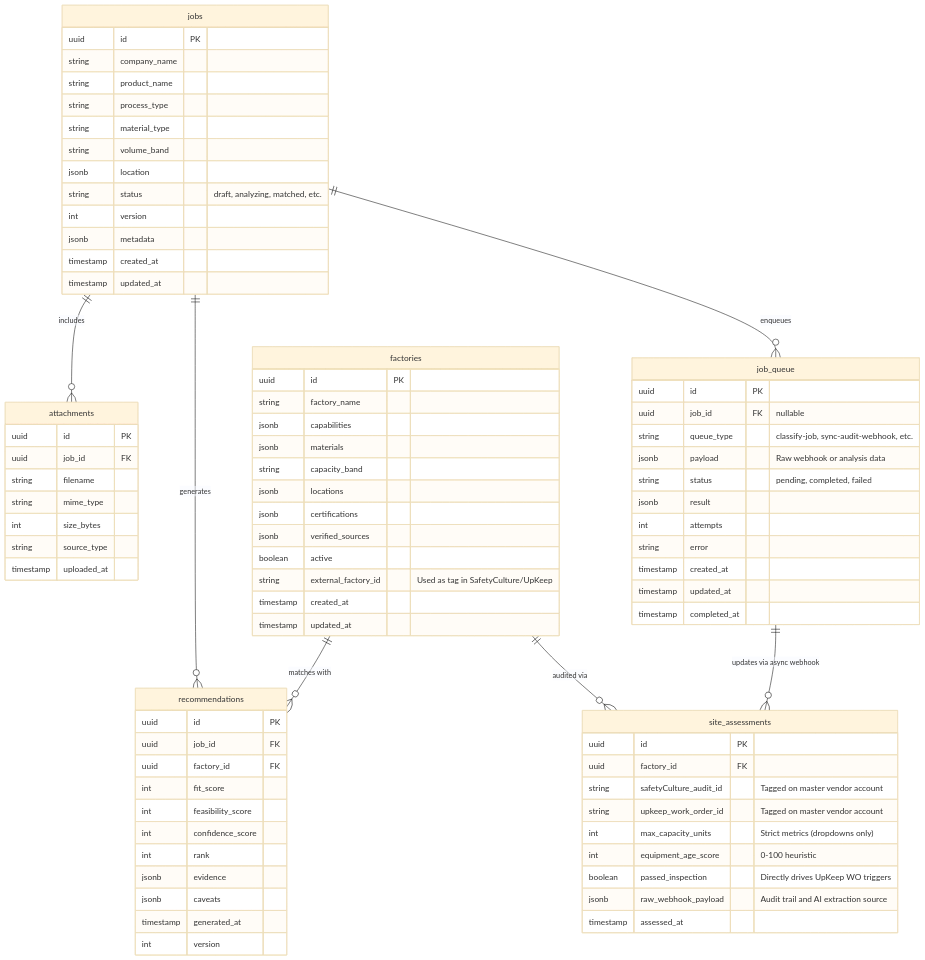
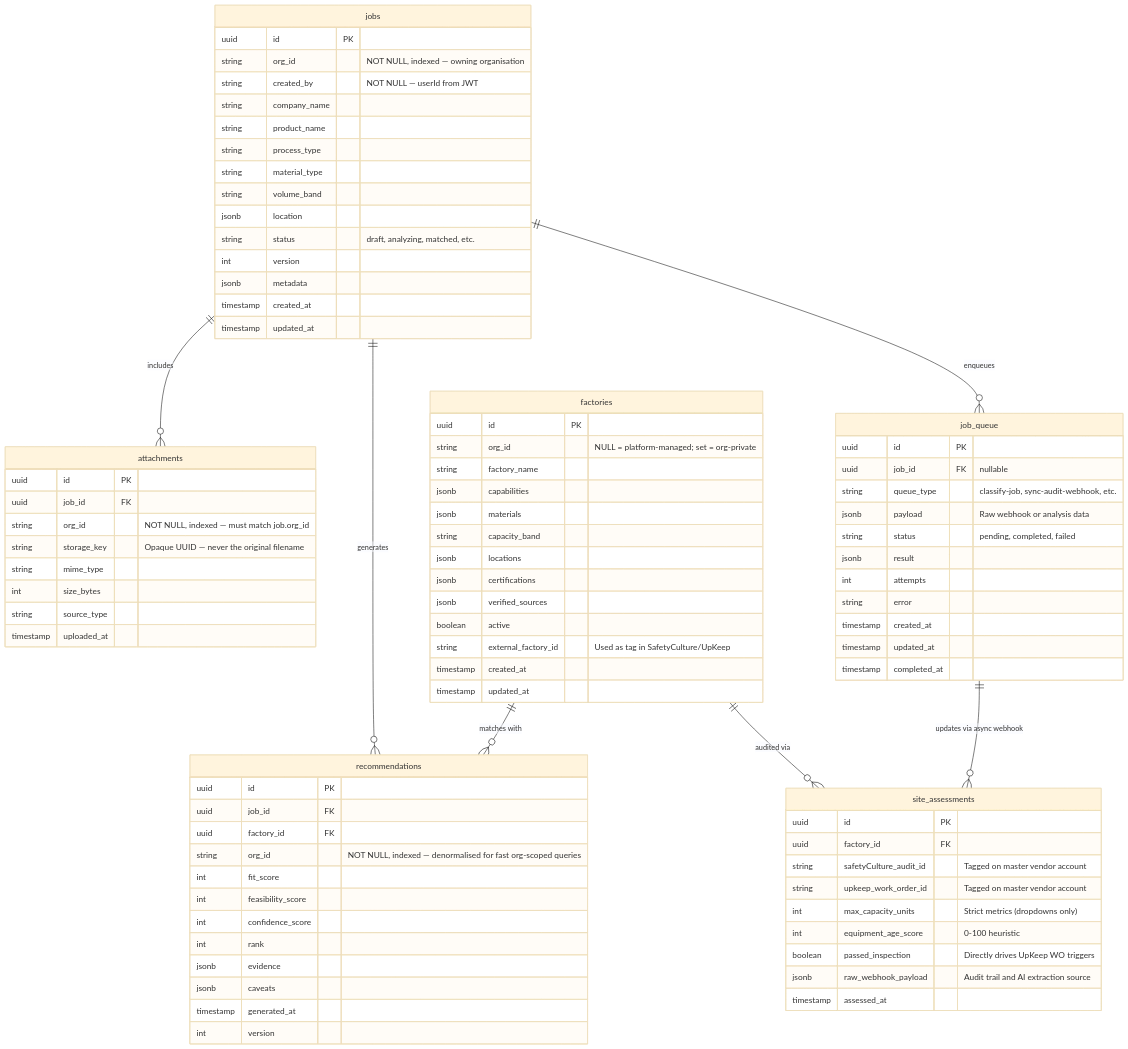
The diagram in docs/DFN_DB_SCHEMA.md (npc-chris/dfn-discovery), drawn with Mermaid (base theme) before and after one commit. The commit also changed other lines of this file and 19 other files, not shown here.

```diff
--- a/docs/DFN_DB_SCHEMA.md
+++ b/docs/DFN_DB_SCHEMA.md
@@ -15,6 +15,8 @@
 
     jobs {
         uuid id PK
+        string org_id "NOT NULL, indexed — owning organisation"
+        string created_by "NOT NULL — userId from JWT"
         string company_name
         string product_name
         string process_type
@@ -30,6 +32,7 @@
 
     factories {
         uuid id PK
+        string org_id "NULL = platform-managed; set = org-private"
         string factory_name
         jsonb capabilities
         jsonb materials
@@ -47,6 +50,7 @@
         uuid id PK
         uuid job_id FK
         uuid factory_id FK
+        string org_id "NOT NULL, indexed — denormalised for fast org-scoped queries"
         int fit_score
         int feasibility_score
         int confidence_score
@@ -60,7 +64,8 @@
     attachments {
         uuid id PK
         uuid job_id FK
-        string filename
+        string org_id "NOT NULL, indexed — must match job.org_id"
+        string storage_key "Opaque UUID — never the original filename"
         string mime_type
         int size_bytes
         string source_type
```
